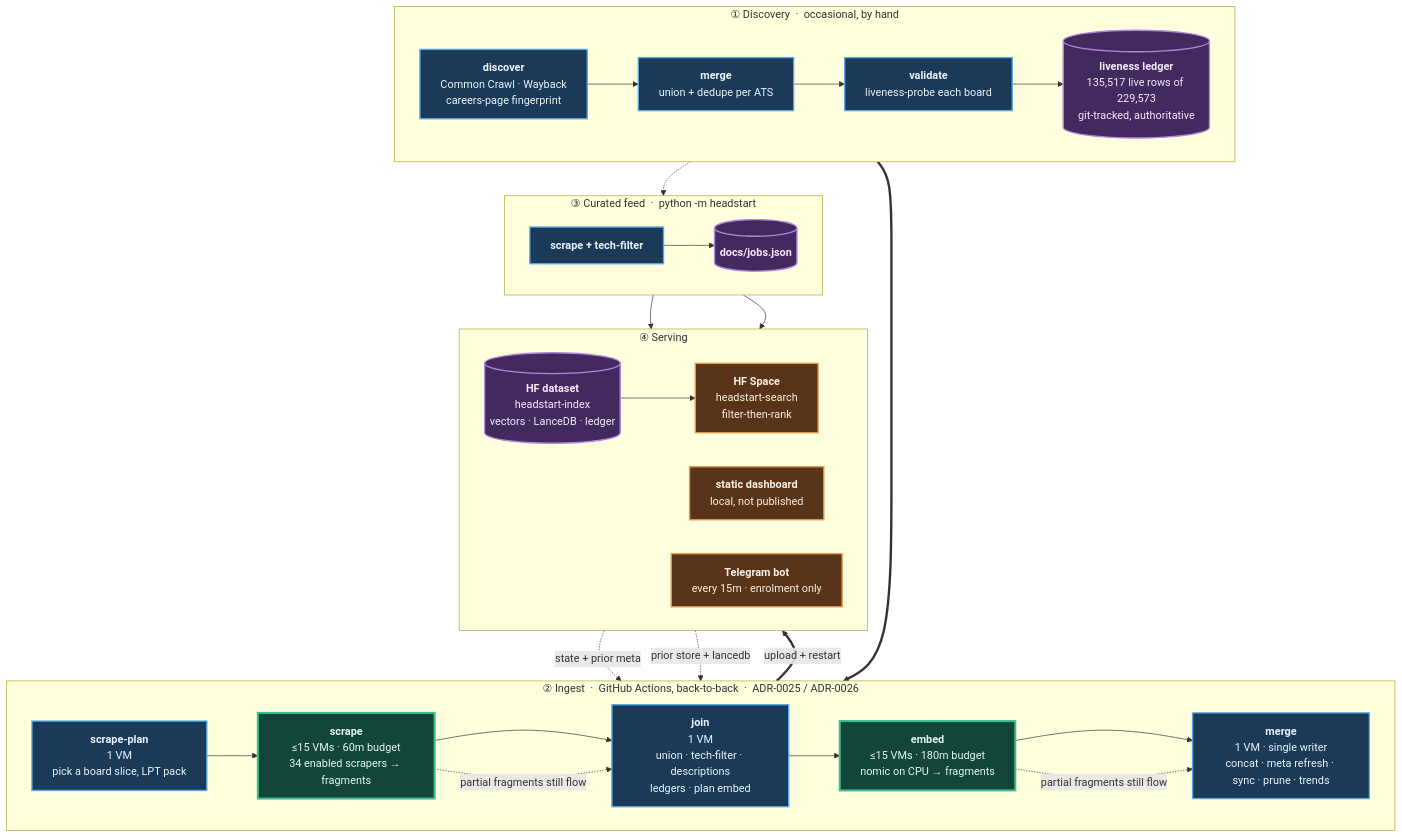
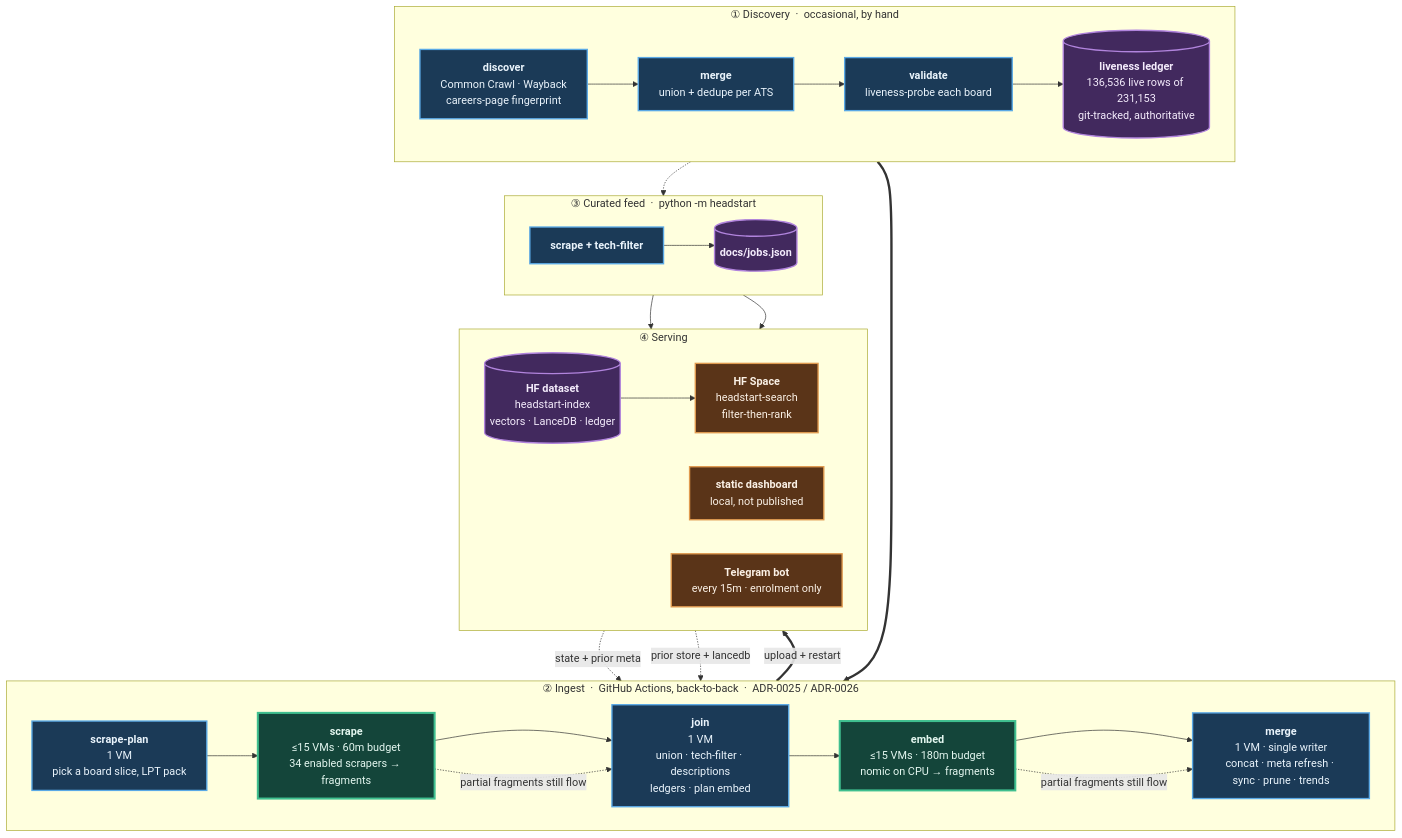
Before and after one commit to sarthakjain004/headstart: the diagram in README.md, drawn with Mermaid. The commit also changed other lines of this file and 16 other files, not shown here.

First line of the commit message:
Add a Gem scraper, wired through liveness (1,019 live boards) (#504)

````diff
--- a/README.md
+++ b/README.md
@@ -141,56 +141,56 @@
 ```mermaid
 flowchart TB
     subgraph D["① Discovery &nbsp;·&nbsp; occasional, by hand"]
         direction LR
         D1["<b>discover</b><br/>Common Crawl · Wayback<br/>careers-page fingerprint"]
         D2["<b>merge</b><br/>union + dedupe per ATS"]
         D3["<b>validate</b><br/>liveness-probe each board"]
-        D4[("<b>liveness ledger</b><br/>135,517 live rows of 229,573<br/>git-tracked, authoritative")]
+        D4[("<b>liveness ledger</b><br/>136,536 live rows of 231,153<br/>git-tracked, authoritative")]
         D1 --> D2 --> D3 --> D4
     end
 
     subgraph P["② Ingest &nbsp;·&nbsp; GitHub Actions, back-to-back &nbsp;·&nbsp; ADR-0025 / ADR-0026"]
         direction LR
         P1["<b>scrape-plan</b><br/>1 VM<br/>pick a board slice, LPT pack"]
         P2["<b>scrape</b><br/>≤15 VMs · 60m budget<br/>34 enabled scrapers → fragments"]
         P3["<b>join</b><br/>1 VM<br/>union · tech-filter · descriptions<br/>ledgers · plan embed"]
         P4["<b>embed</b><br/>≤15 VMs · 180m budget<br/>nomic on CPU → fragments"]
         P5["<b>merge</b><br/>1 VM · single writer<br/>concat · meta refresh · sync · prune · trends"]
         P1 --> P2 --> P3 --> P4 --> P5
     end
 
     subgraph F["③ Curated feed &nbsp;·&nbsp; python -m headstart"]
         direction LR
         F1["<b>scrape + tech-filter</b>"]
         F2[("<b>docs/jobs.json</b>")]
         F1 --> F2
     end
 
     subgraph S["④ Serving"]
         direction LR
         S1[("<b>HF dataset</b><br/>headstart-index<br/>vectors · LanceDB · ledger")]
         S2["<b>HF Space</b><br/>headstart-search<br/>filter-then-rank"]
         S3["<b>static dashboard</b><br/>local, not published"]
         S4["<b>Telegram bot</b><br/>every 15m · enrolment only"]
         S1 --> S2
     end
 
     D4 ==> P1
     S1 -. "state + prior meta" .-> P1
     S1 -. "prior store + lancedb" .-> P5
     D4 -.-> F1
     P5 ==>|"upload + restart"| S1
     F2 --> S3
     F2 --> S4
     P2 -. "partial fragments still flow" .-> P3
     P4 -. "partial fragments still flow" .-> P5
 
     classDef serial fill:#1b3a57,stroke:#5aa9e6,stroke-width:2px,color:#eaf4fc
     classDef fan fill:#14453a,stroke:#3fbf8f,stroke-width:3px,color:#e4f7f0
     classDef store fill:#42295e,stroke:#b184dd,stroke-width:2px,color:#f4ecfc
     classDef serve fill:#5a3418,stroke:#e09a4f,stroke-width:2px,color:#fbf1e6
     class D1,D2,D3,P1,P3,P5,F1 serial
     class P2,P4 fan
     class D4,F2,S1 store
     class S2,S3,S4 serve
 ```
````
